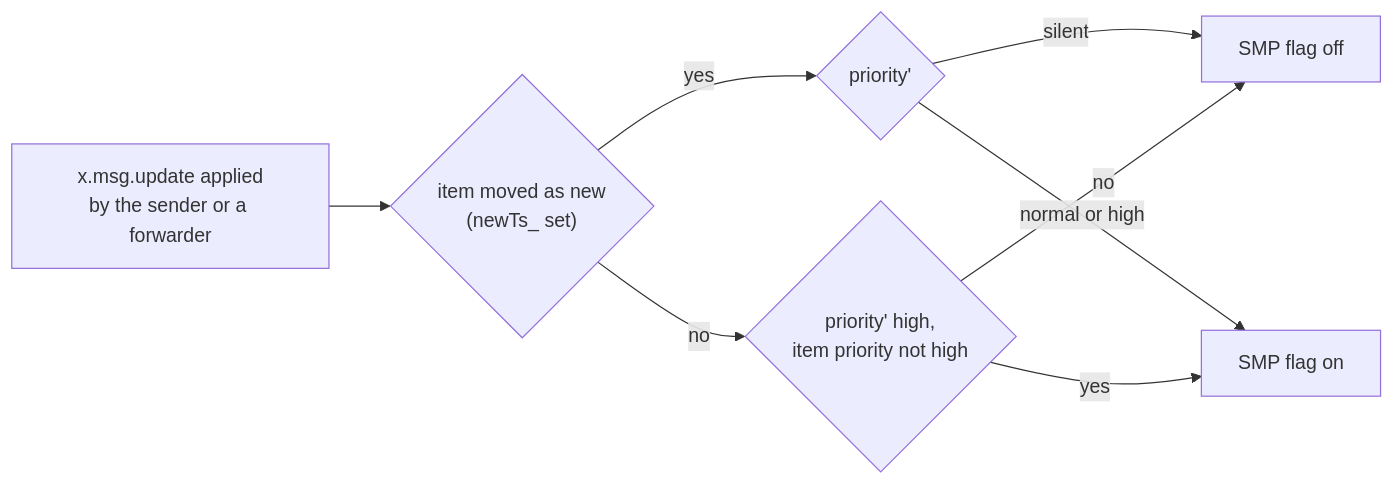
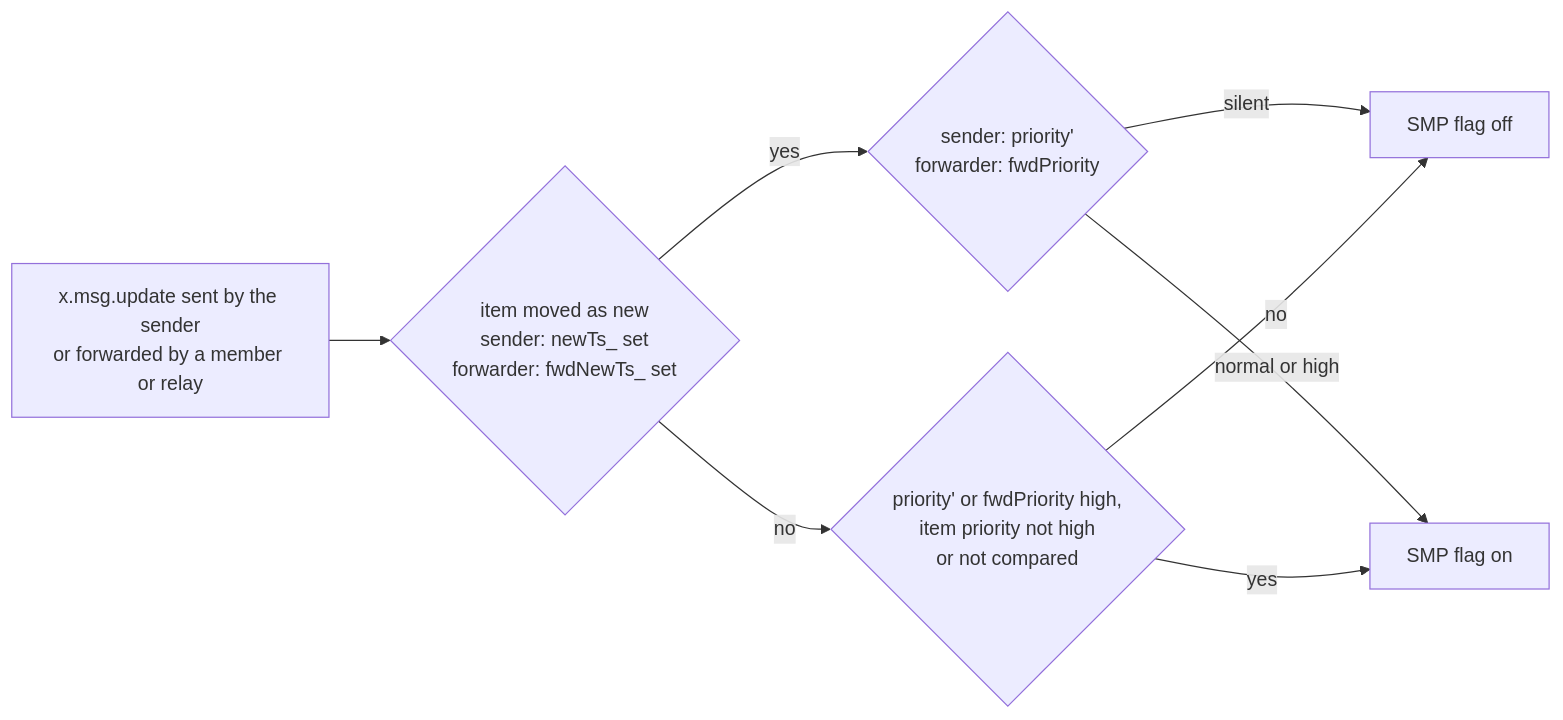
One commit to simplex-chat/simplex-chat changed the first of 7 diagrams in plans/2026-11-21-update-as-new.md. Above: the diagram before and after it, drawn with Mermaid. The commit also changed other lines of this file and 1 other file, not shown here.

Commit message:
plans: forwarders decide by the group's rules, not their own copy

````diff
--- a/plans/2026-11-21-update-as-new.md
+++ b/plans/2026-11-21-update-as-new.md
@@ -109,10 +112,10 @@
 ```mermaid
 flowchart LR
-  U["x.msg.update applied<br>by the sender or a forwarder"] --> M{"item moved as new<br>(newTs_ set)"}
-  M -->|yes| S{priority'}
+  U["x.msg.update sent by the sender<br>or forwarded by a member or relay"] --> M{"item moved as new<br>sender: newTs_ set<br>forwarder: fwdNewTs_ set"}
+  M -->|yes| S{"sender: priority'<br>forwarder: fwdPriority"}
   S -->|silent| OFF[SMP flag off]
   S -->|normal or high| ON[SMP flag on]
-  M -->|no| R{"priority' high,<br>item priority not high"}
+  M -->|no| R{"priority' or fwdPriority high,<br>item priority not high<br>or not compared"}
   R -->|yes| ON
   R -->|no| OFF
 ```
````
